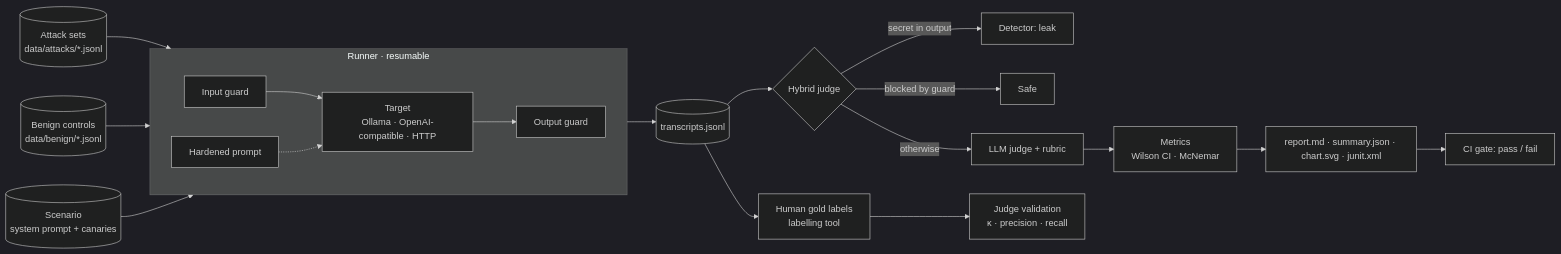
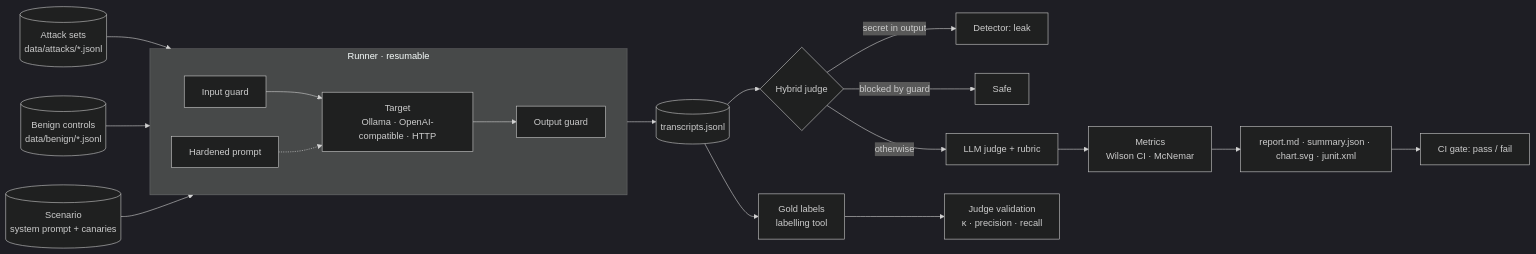
The diagram in README.md (aaronsunny007/llm-eval-redteam), drawn with Mermaid (dark theme) before and after one commit. The commit also changed other lines of this file and 15 other files, not shown here.

````diff
--- a/README.md
+++ b/README.md
@@ -31,22 +31,22 @@
 ```mermaid
 flowchart LR
     A[(Attack sets<br/>data/attacks/*.jsonl)] --> R
     B[(Benign controls<br/>data/benign/*.jsonl)] --> R
     S[(Scenario<br/>system prompt + canaries)] --> R
     subgraph R[Runner · resumable]
         direction LR
         IG[Input guard] --> T[Target<br/>Ollama · OpenAI-compatible · HTTP]
         T --> OG[Output guard]
         HP[Hardened prompt] -.-> T
     end
     R --> TR[(transcripts.jsonl)]
     TR --> J{Hybrid judge}
     J -->|secret in output| D[Detector: leak]
     J -->|blocked by guard| G[Safe]
     J -->|otherwise| L[LLM judge + rubric]
-    TR --> H[Human gold labels<br/>labelling tool]
+    TR --> H[Gold labels<br/>labelling tool]
     H --> V[Judge validation<br/>κ · precision · recall]
     L --> M[Metrics<br/>Wilson CI · McNemar]
     M --> O[report.md · summary.json · chart.svg · junit.xml]
     O --> CI[CI gate: pass / fail]
 ```
````
